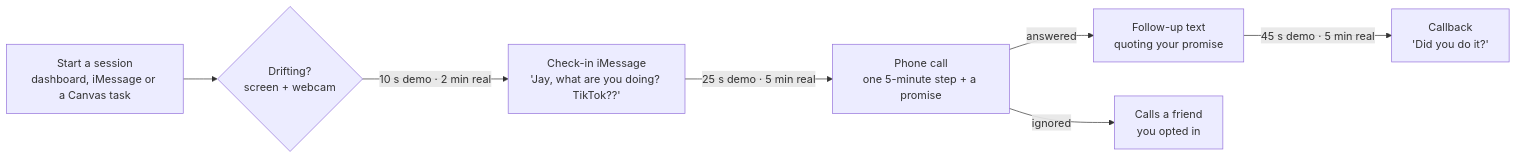
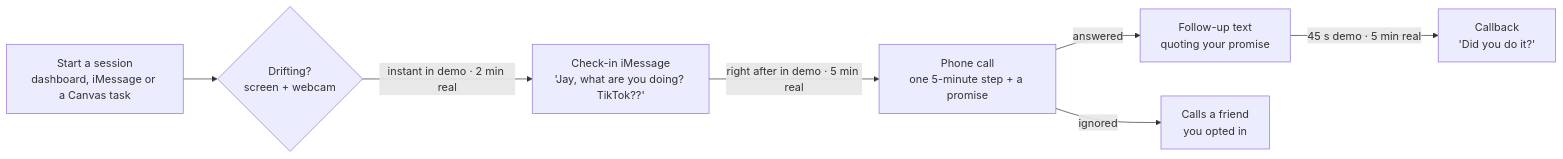
One commit to seanbenoit06/yo-phone-linging changed the first of 2 diagrams in README.md. Above: the diagram before and after it, drawn with Mermaid. The commit also changed other lines of this file and 10 other files, not shown here.

First line of the commit message:
Demo day: instant demo calls, Check my calendar button, shorter turn wait

````diff
--- a/README.md
+++ b/README.md
@@ -26,9 +26,9 @@
 ```mermaid
 flowchart LR
     A["Start a session<br/>dashboard, iMessage or a Canvas task"] --> B{"Drifting?<br/>screen + webcam"}
-    B -->|"10 s demo · 2 min real"| C["Check-in iMessage<br/>'Jay, what are you doing? TikTok??'"]
-    C -->|"25 s demo · 5 min real"| D["Phone call<br/>one 5-minute step + a promise"]
+    B -->|"instant in demo · 2 min real"| C["Check-in iMessage<br/>'Jay, what are you doing? TikTok??'"]
+    C -->|"right after in demo · 5 min real"| D["Phone call<br/>one 5-minute step + a promise"]
     D -->|answered| E["Follow-up text<br/>quoting your promise"]
     E -->|"45 s demo · 5 min real"| F["Callback<br/>'Did you do it?'"]
     D -->|ignored| G["Calls a friend<br/>you opted in"]
 ```
````
